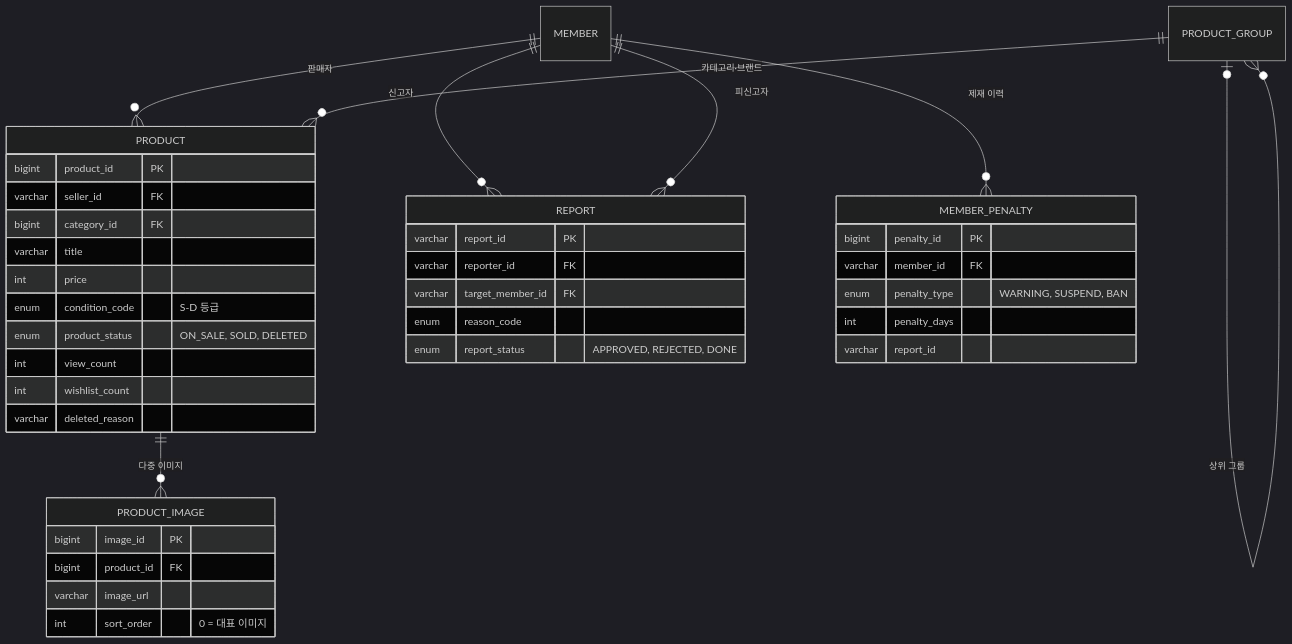
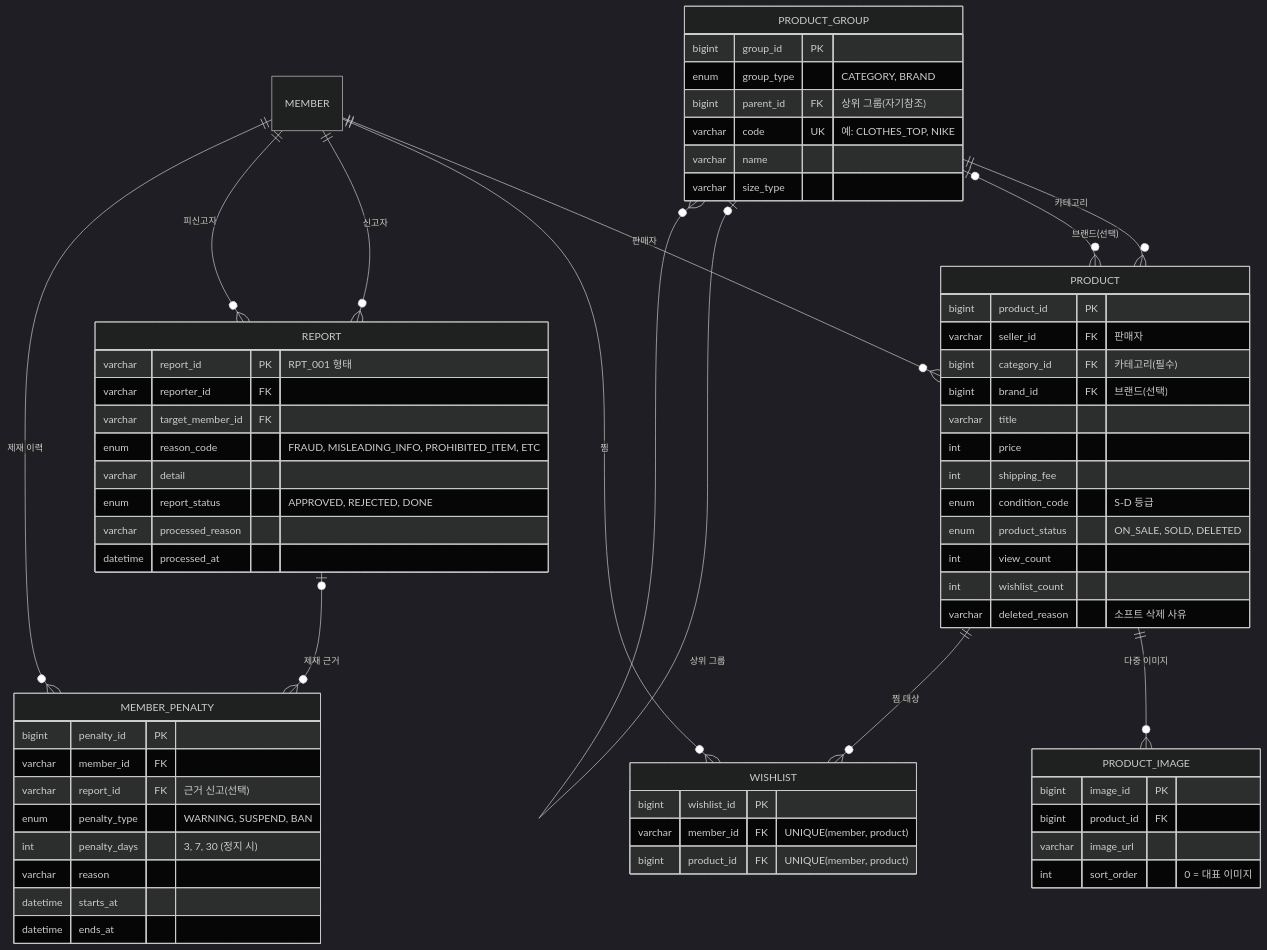
Before and after one commit to offonoffdance-wq/Used-Market-Project: the second of 2 diagrams in README.md, drawn with Mermaid (dark theme). The commit also changed other lines of this file, not shown here.

Commit message:
docs: README ERD·담당 역할을 실제 DB 스키마에 맞게 갱신 (wishlist 추가, 컬럼 보정)

````diff
--- a/README.md
+++ b/README.md
@@ -41,43 +41,68 @@
 ```mermaid
 erDiagram
     MEMBER ||--o{ PRODUCT : "판매자"
-    PRODUCT_GROUP ||--o{ PRODUCT : "카테고리·브랜드"
+    PRODUCT_GROUP ||--o{ PRODUCT : "카테고리"
+    PRODUCT_GROUP |o--o{ PRODUCT : "브랜드(선택)"
     PRODUCT_GROUP |o--o{ PRODUCT_GROUP : "상위 그룹"
     PRODUCT ||--o{ PRODUCT_IMAGE : "다중 이미지"
+    MEMBER ||--o{ WISHLIST : "찜"
+    PRODUCT ||--o{ WISHLIST : "찜 대상"
     MEMBER ||--o{ REPORT : "신고자"
     MEMBER ||--o{ REPORT : "피신고자"
     MEMBER ||--o{ MEMBER_PENALTY : "제재 이력"
+    REPORT |o--o{ MEMBER_PENALTY : "제재 근거"
 
     PRODUCT {
         bigint product_id PK
-        varchar seller_id FK
-        bigint category_id FK
+        varchar seller_id FK "판매자"
+        bigint category_id FK "카테고리(필수)"
+        bigint brand_id FK "브랜드(선택)"
         varchar title
         int price
+        int shipping_fee
         enum condition_code "S-D 등급"
         enum product_status "ON_SALE, SOLD, DELETED"
         int view_count
         int wishlist_count
-        varchar deleted_reason
+        varchar deleted_reason "소프트 삭제 사유"
+    }
+    PRODUCT_GROUP {
+        bigint group_id PK
+        enum group_type "CATEGORY, BRAND"
+        bigint parent_id FK "상위 그룹(자기참조)"
+        varchar code UK "예: CLOTHES_TOP, NIKE"
+        varchar name
+        varchar size_type
     }
     PRODUCT_IMAGE {
         bigint image_id PK
         bigint product_id FK
         varchar image_url
         int sort_order "0 = 대표 이미지"
     }
+    WISHLIST {
+        bigint wishlist_id PK
+        varchar member_id FK "UNIQUE(member, product)"
+        bigint product_id FK "UNIQUE(member, product)"
+    }
     REPORT {
-        varchar report_id PK
+        varchar report_id PK "RPT_001 형태"
         varchar reporter_id FK
         varchar target_member_id FK
-        enum reason_code
+        enum reason_code "FRAUD, MISLEADING_INFO, PROHIBITED_ITEM, ETC"
+        varchar detail
         enum report_status "APPROVED, REJECTED, DONE"
+        varchar processed_reason
+        datetime processed_at
     }
     MEMBER_PENALTY {
         bigint penalty_id PK
         varchar member_id FK
+        varchar report_id FK "근거 신고(선택)"
         enum penalty_type "WARNING, SUSPEND, BAN"
-        int penalty_days
-        varchar report_id
+        int penalty_days "3, 7, 30 (정지 시)"
+        varchar reason
+        datetime starts_at
+        datetime ends_at
     }
 ```
````
